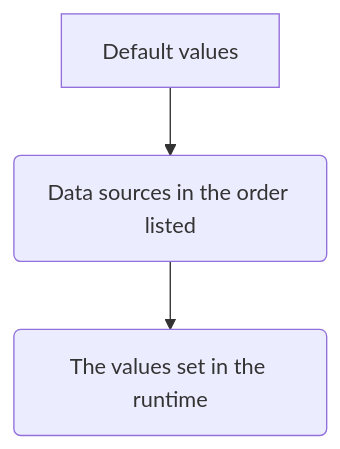
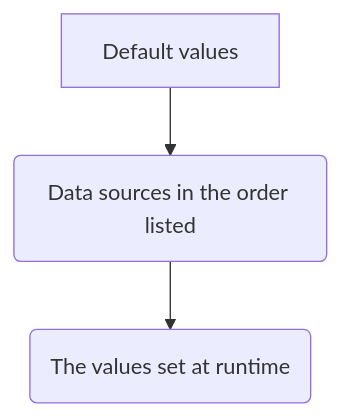
Before and after one commit to mutating/skelet: the diagram in README.md, drawn with Mermaid. The commit also changed other lines of this file, not shown here.

````diff
--- a/README.md
+++ b/README.md
@@ -331,4 +330,4 @@
 ```mermaid
 graph TD;
-  A[Default values] --> B(Data sources in the order listed) --> C(The values set in the runtime)
+  A[Default values] --> B(Data sources in the order listed) --> C(The values set at runtime)
 ```
````
